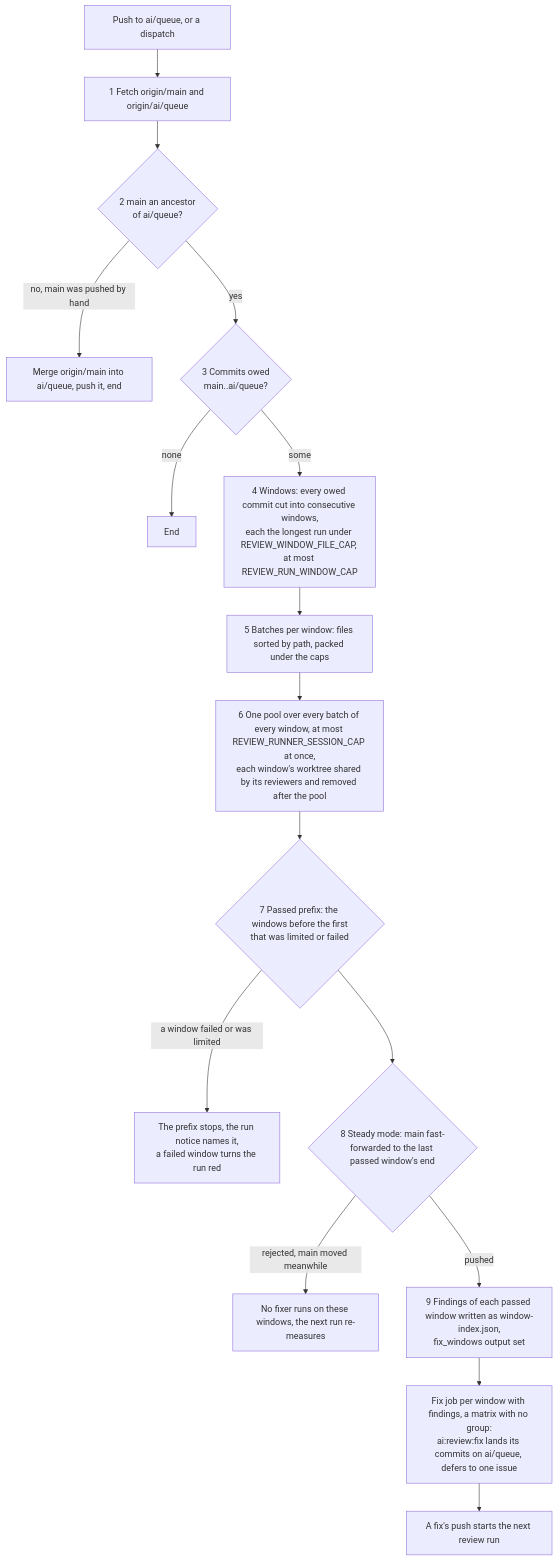
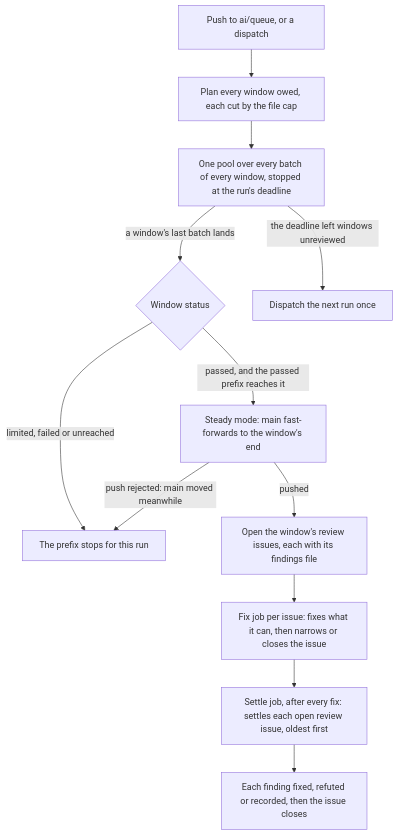
The diagram in apps/web/content/docs/infra/review.md (Esposter/Esposter), drawn with Mermaid before and after one commit. The commit also changed other lines of this file and 7 other files, not shown here.

First line of the commit message:
docs(infra): the review's design, the review issues, the settle job and the haiku roles are written down

````diff
--- a/apps/web/content/docs/infra/review.md
+++ b/apps/web/content/docs/infra/review.md
@@ -26,18 +28,14 @@
 ```mermaid
 flowchart TD
-  T[Push to ai/queue, or a dispatch] --> S1
-  S1[1 Fetch origin/main and origin/ai/queue] --> S2{2 main an ancestor<br/>of ai/queue?}
-  S2 -->|no, main was pushed by hand| MG[Merge origin/main into ai/queue, push it, end]
-  S2 -->|yes| S3{3 Commits owed<br/>main..ai/queue?}
-  S3 -->|none| END[End]
-  S3 -->|some| S4[4 Windows: every owed commit cut into consecutive windows,<br/>each the longest run under REVIEW_WINDOW_FILE_CAP, at most REVIEW_RUN_WINDOW_CAP]
-  S4 --> S5[5 Batches per window: files sorted by path, packed under the caps]
-  S5 --> S6[6 One pool over every batch of every window, at most REVIEW_RUNNER_SESSION_CAP at once,<br/>each window's worktree shared by its reviewers and removed after the pool]
-  S6 --> S7{7 Passed prefix: the windows before the first<br/>that was limited or failed}
-  S7 -->|a window failed or was limited| BL[The prefix stops, the run notice names it,<br/>a failed window turns the run red]
-  S7 --> S8{8 Steady mode: main fast-forwarded to the last passed window's end}
-  S8 -->|rejected, main moved meanwhile| RR[No fixer runs on these windows, the next run re-measures]
-  S8 -->|pushed| S9[9 Findings of each passed window written as window-index.json,<br/>fix_windows output set]
-  S9 --> FX[Fix job per window with findings, a matrix with no group:<br/>ai:review:fix lands its commits on ai/queue, defers to one issue]
-  FX --> PUSH[A fix's push starts the next review run]
+  T[Push to ai/queue, or a dispatch] --> P[Plan every window owed, each cut by the file cap]
+  P --> POOL[One pool over every batch of every window, stopped at the run's deadline]
+  POOL -->|a window's last batch lands| W{Window status}
+  W -->|passed, and the passed prefix reaches it| M[Steady mode: main fast-forwards to the window's end]
+  M -->|push rejected: main moved meanwhile| STOP[The prefix stops for this run]
+  M -->|pushed| I[Open the window's review issues, each with its findings file]
+  W -->|limited, failed or unreached| STOP
+  POOL -->|the deadline left windows unreviewed| D[Dispatch the next run once]
+  I --> FX[Fix job per issue: fixes what it can, then narrows or closes the issue]
+  FX --> S[Settle job, after every fix: settles each open review issue, oldest first]
+  S --> CL[Each finding fixed, refuted or recorded, then the issue closes]
 ```
````
